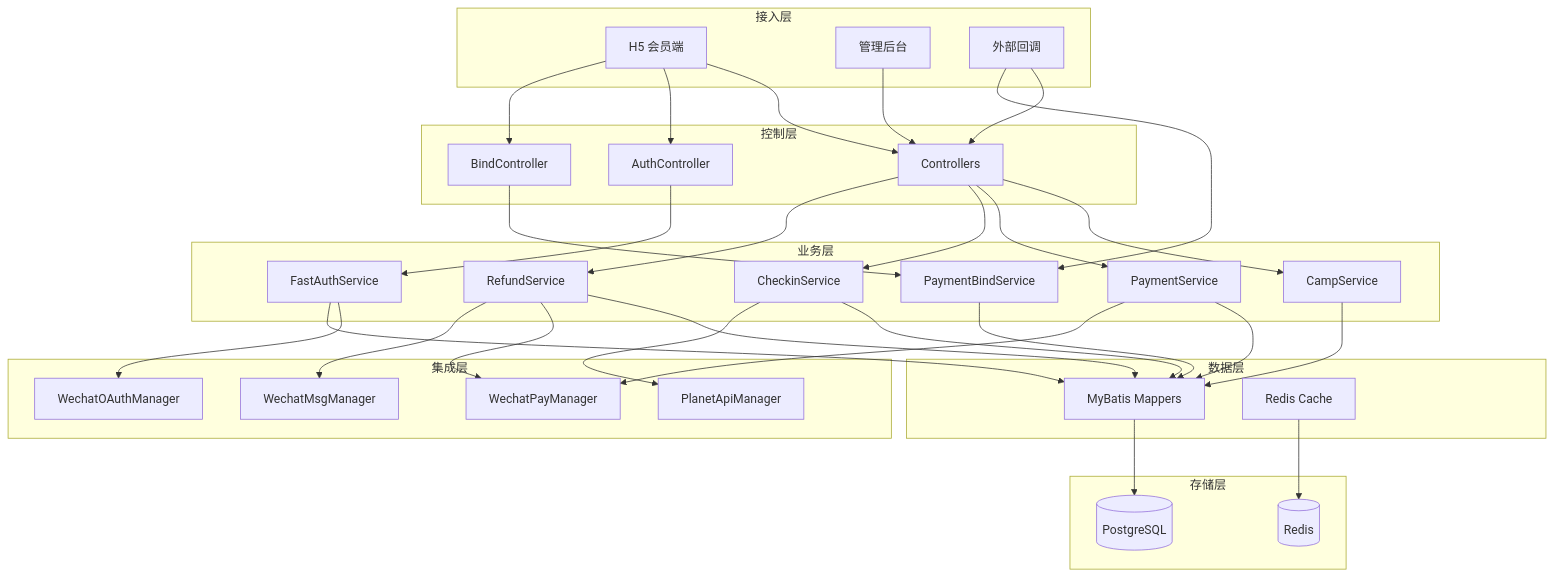
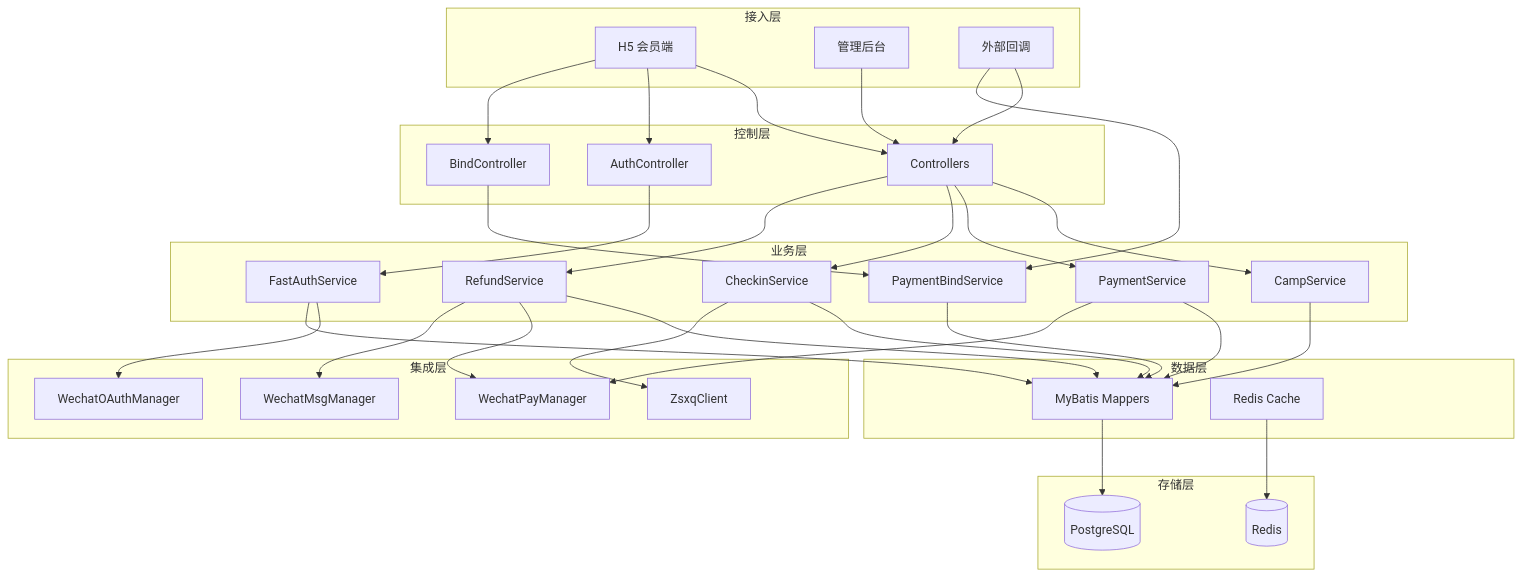
Before and after one commit to yiancode/AutoDepositRefundAgent: the fourth of 11 diagrams in docs/v1/diagrams/架构设计图.md, drawn with Mermaid. The commit also changed other lines of this file and 11 other files, not shown here.

````diff
--- a/docs/v1/diagrams/架构设计图.md
+++ b/docs/v1/diagrams/架构设计图.md
@@ -233,74 +233,74 @@
 ```mermaid
 flowchart TB
     subgraph 接入层
         H5[H5 会员端]
         Admin[管理后台]
         Webhook[外部回调]
     end
 
     subgraph 控制层
         Controllers[Controllers]
         AuthCtrl[AuthController]
         BindCtrl[BindController]
     end
 
     subgraph 业务层
         CampSvc[CampService]
         PaySvc[PaymentService]
         BindSvc[PaymentBindService]
         AuthSvc[FastAuthService]
         CheckinSvc[CheckinService]
         RefundSvc[RefundService]
     end
 
     subgraph 集成层
-        ZsxqMgr[PlanetApiManager]
+        ZsxqClient[ZsxqClient]
         WxPayMgr[WechatPayManager]
         WxMsgMgr[WechatMsgManager]
         WxOAuthMgr[WechatOAuthManager]
     end
 
     subgraph 数据层
         Mappers[MyBatis Mappers]
         Cache[Redis Cache]
     end
 
     subgraph 存储层
         DB[(PostgreSQL)]
         Redis[(Redis)]
     end
 
     H5 --> Controllers
     H5 --> AuthCtrl
     H5 --> BindCtrl
     Admin --> Controllers
     Webhook --> Controllers
 
     AuthCtrl --> AuthSvc
     BindCtrl --> BindSvc
 
     Controllers --> CampSvc
     Controllers --> PaySvc
     Controllers --> CheckinSvc
     Controllers --> RefundSvc
 
     Webhook --> BindSvc
 
     AuthSvc --> WxOAuthMgr
     AuthSvc --> Mappers
 
     BindSvc --> Mappers
 
     CampSvc --> Mappers
     PaySvc --> Mappers
     CheckinSvc --> Mappers
     RefundSvc --> Mappers
 
     PaySvc --> WxPayMgr
-    CheckinSvc --> ZsxqMgr
+    CheckinSvc --> ZsxqClient
     RefundSvc --> WxPayMgr
     RefundSvc --> WxMsgMgr
 
     Mappers --> DB
     Cache --> Redis
 ```
````
